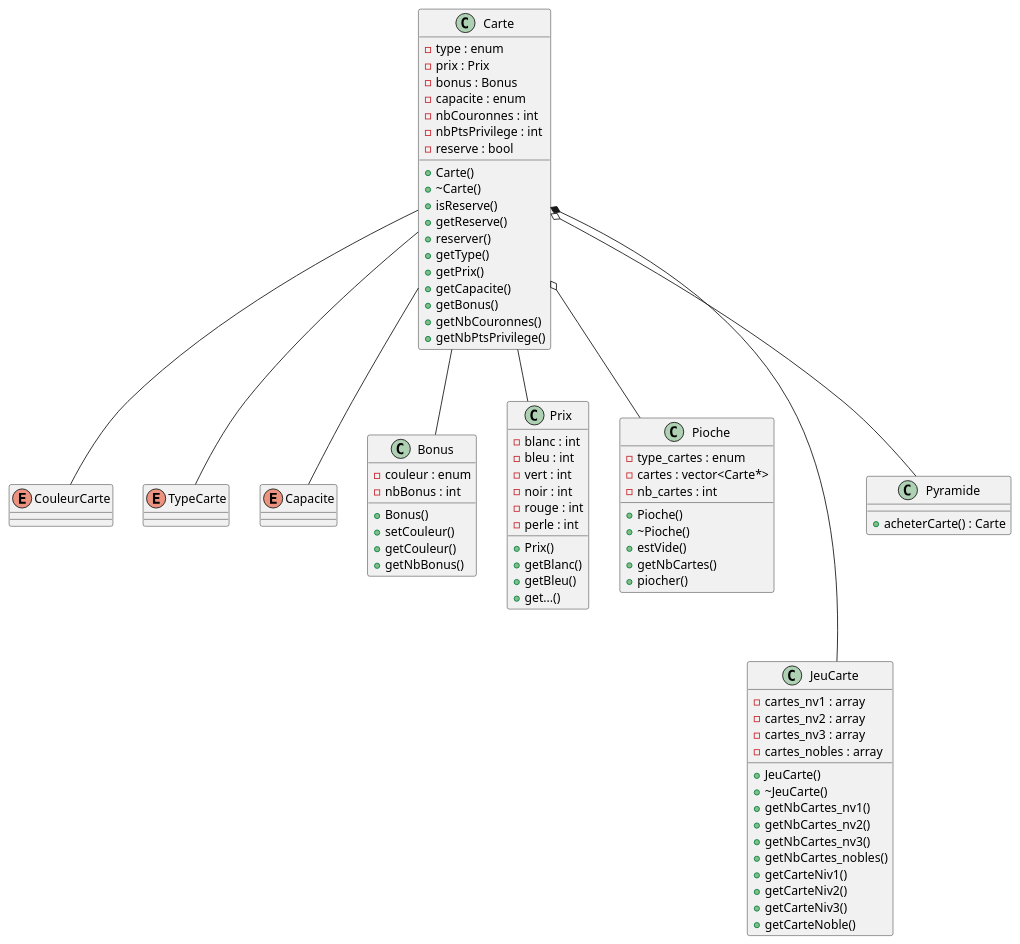
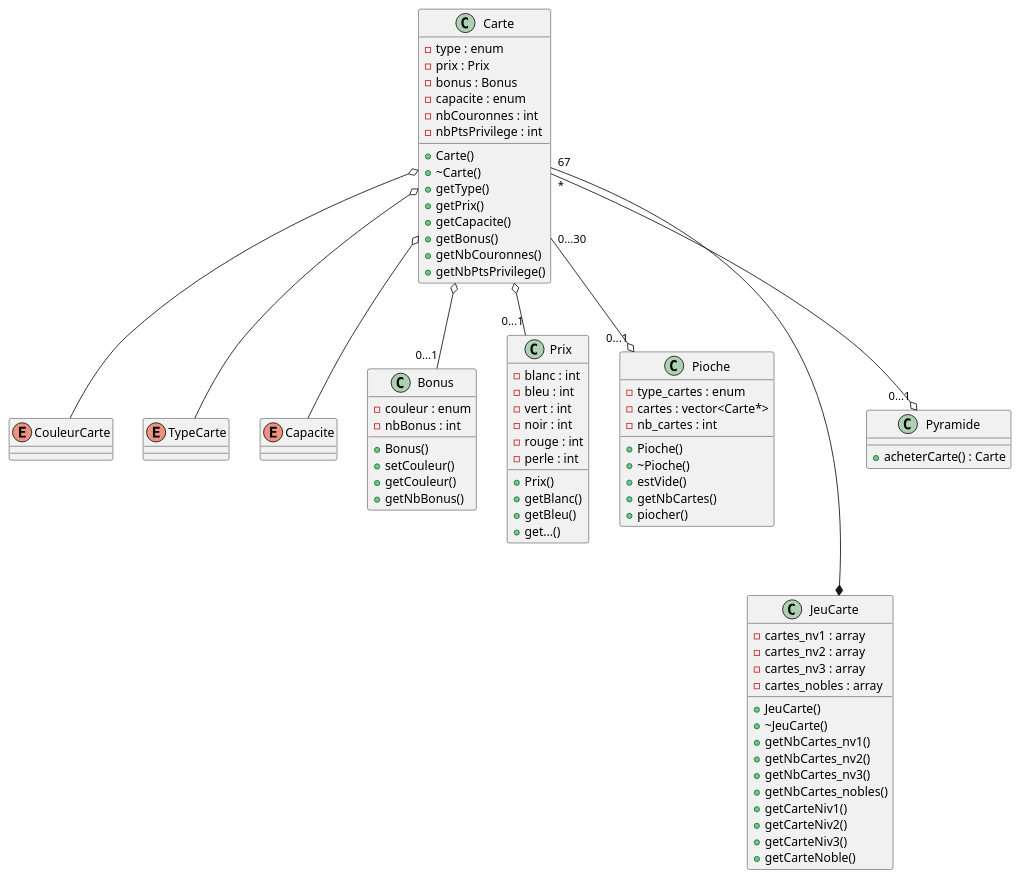
The diagram in uml/cartes/cartes.plantuml (theguega/OOP-Board-Game), drawn with PlantUML before and after one commit.

Commit message:
modif de la partie uml carte

```diff
--- a/uml/cartes/cartes.plantuml
+++ b/uml/cartes/cartes.plantuml
@@ -1,93 +1,87 @@
-@startuml cartes
-
+@startuml
 enum CouleurCarte
 
 enum TypeCarte
 
 enum Capacite
 
 class Carte{
     - type : enum
     - prix : Prix
     - bonus : Bonus
     - capacite : enum
     - nbCouronnes : int
     - nbPtsPrivilege : int
-    - reserve : bool
     + Carte()
     + ~Carte()
-    + isReserve()
-    + getReserve()
-    + reserver()
     + getType()
     + getPrix() 
     + getCapacite()
     + getBonus()
     + getNbCouronnes() 
     + getNbPtsPrivilege()
 }
 
 class Bonus{
     - couleur : enum
     - nbBonus : int
     + Bonus()
     + setCouleur()
     + getCouleur()
     + getNbBonus()
 }
 
 class Prix{
     - blanc : int
     - bleu : int
     - vert : int
     - noir : int
     - rouge : int
     - perle : int
     + Prix()
     + getBlanc()
     + getBleu()
     + get...()
 }
 
 class Pioche {
     - type_cartes : enum
     - cartes : vector<Carte*>
     - nb_cartes : int
     + Pioche()
     + ~Pioche()
     + estVide()
     + getNbCartes()
     + piocher()
 }
 
 class JeuCarte {
     - cartes_nv1 : array
     - cartes_nv2 : array
     - cartes_nv3 : array
     - cartes_nobles : array
     + JeuCarte()
     + ~JeuCarte()
     + getNbCartes_nv1()
     + getNbCartes_nv2()
     + getNbCartes_nv3()
     + getNbCartes_nobles()
     + getCarteNiv1()
     + getCarteNiv2()
     + getCarteNiv3()
     + getCarteNoble()
 }
 
 class Pyramide {
     + acheterCarte() : Carte
 }
 
-Carte *--- JeuCarte
-Carte o-- Pyramide
-Carte o-- Pioche
-Carte -- Bonus
-Carte -- Prix
-Carte -- CouleurCarte
-Carte -- TypeCarte
-Carte -- Capacite
-
+Carte "67"---* JeuCarte
+Carte "*" --o "0...1" Pyramide
+Carte "0...30" --o "0...1" Pioche
+Carte o-- "0...1" Bonus
+Carte o-- "0...1"Prix
+Carte o-- CouleurCarte
+Carte o-- TypeCarte
+Carte o-- Capacite
 @enduml
```
